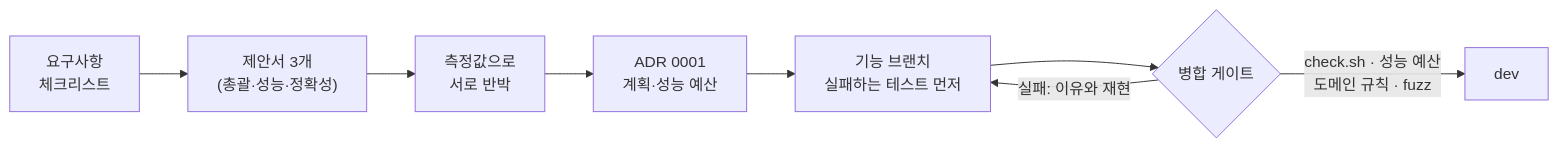
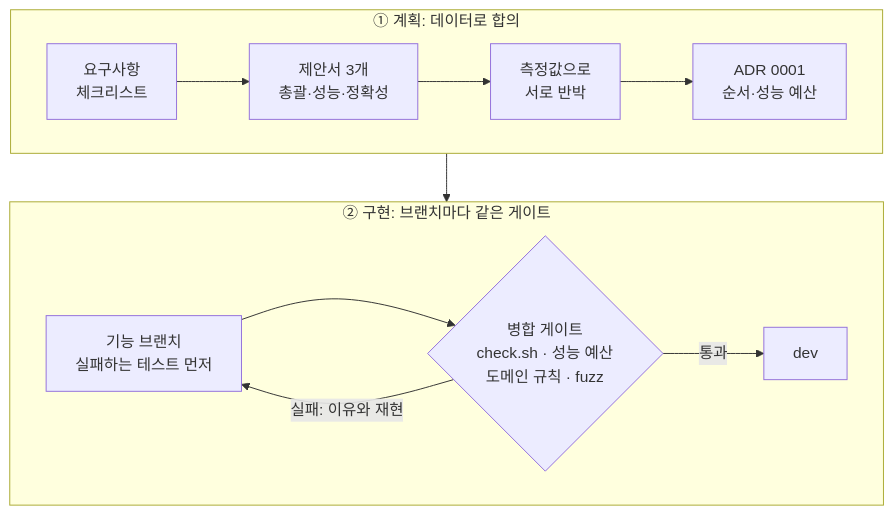
The first of 3 diagrams in README.md (from-scratch-lab/mini-react), drawn with Mermaid before and after one commit. The commit also changed other lines of this file, not shown here.

Commit message:
docs: README 도식을 두 줄로 나눠 GitHub에서 읽기 쉽게

````diff
--- a/README.md
+++ b/README.md
@@ -104,10 +104,14 @@
 ```mermaid
-flowchart LR
-  A["요구사항<br/>체크리스트"] --> B["제안서 3개<br/>(총괄·성능·정확성)"]
-  B --> C["측정값으로<br/>서로 반박"]
-  C --> D["ADR 0001<br/>계획·성능 예산"]
-  D --> E["기능 브랜치<br/>실패하는 테스트 먼저"]
-  E --> F{"병합 게이트"}
-  F -->|"check.sh · 성능 예산<br/>도메인 규칙 · fuzz"| G["dev"]
-  F -->|"실패: 이유와 재현"| E
+flowchart TB
+  subgraph plan["① 계획: 데이터로 합의"]
+    direction LR
+    A["요구사항<br/>체크리스트"] --> B["제안서 3개<br/>총괄·성능·정확성"] --> C["측정값으로<br/>서로 반박"] --> D["ADR 0001<br/>순서·성능 예산"]
+  end
+  subgraph build["② 구현: 브랜치마다 같은 게이트"]
+    direction LR
+    E["기능 브랜치<br/>실패하는 테스트 먼저"] --> F{"병합 게이트<br/>check.sh · 성능 예산<br/>도메인 규칙 · fuzz"}
+    F -->|"통과"| G["dev"]
+    F -->|"실패: 이유와 재현"| E
+  end
+  D --> E
 ```
````
